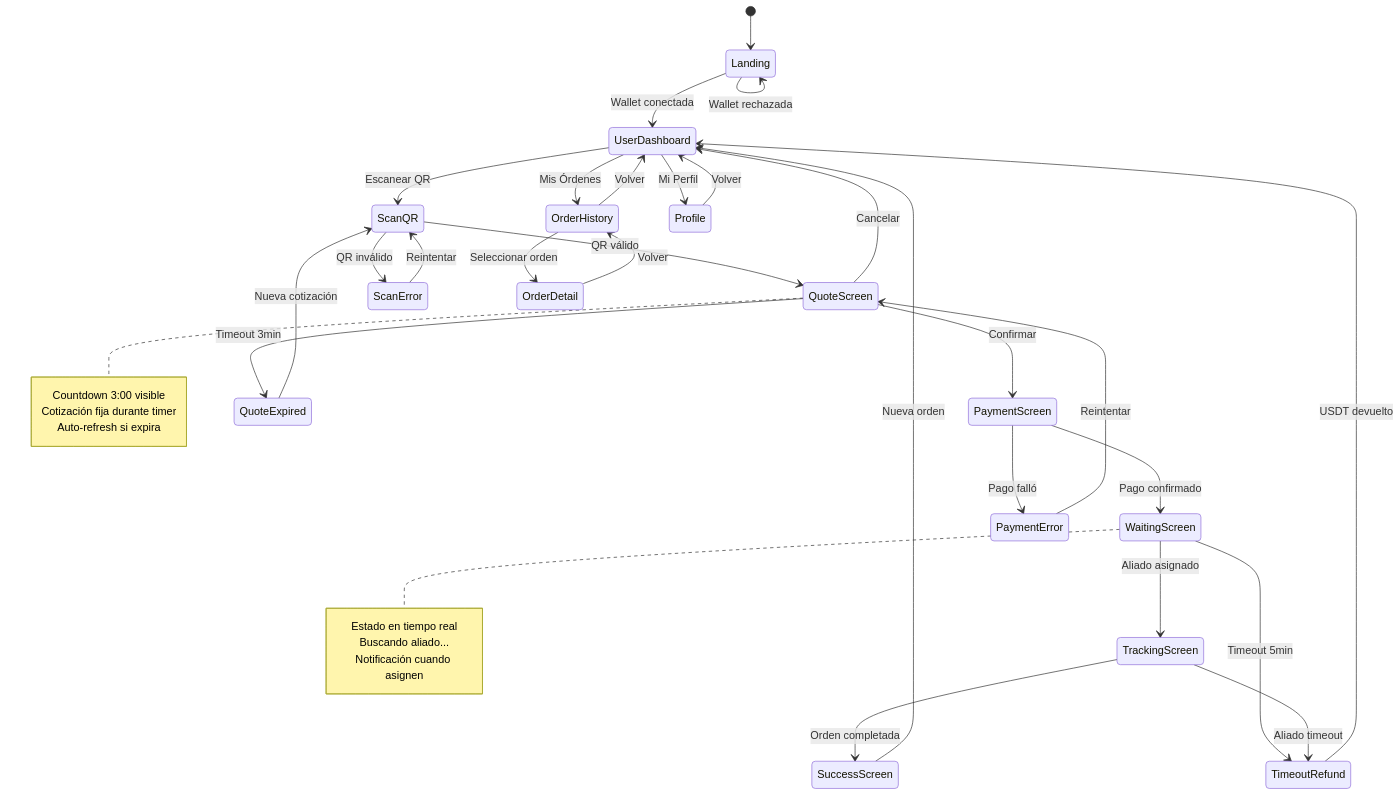
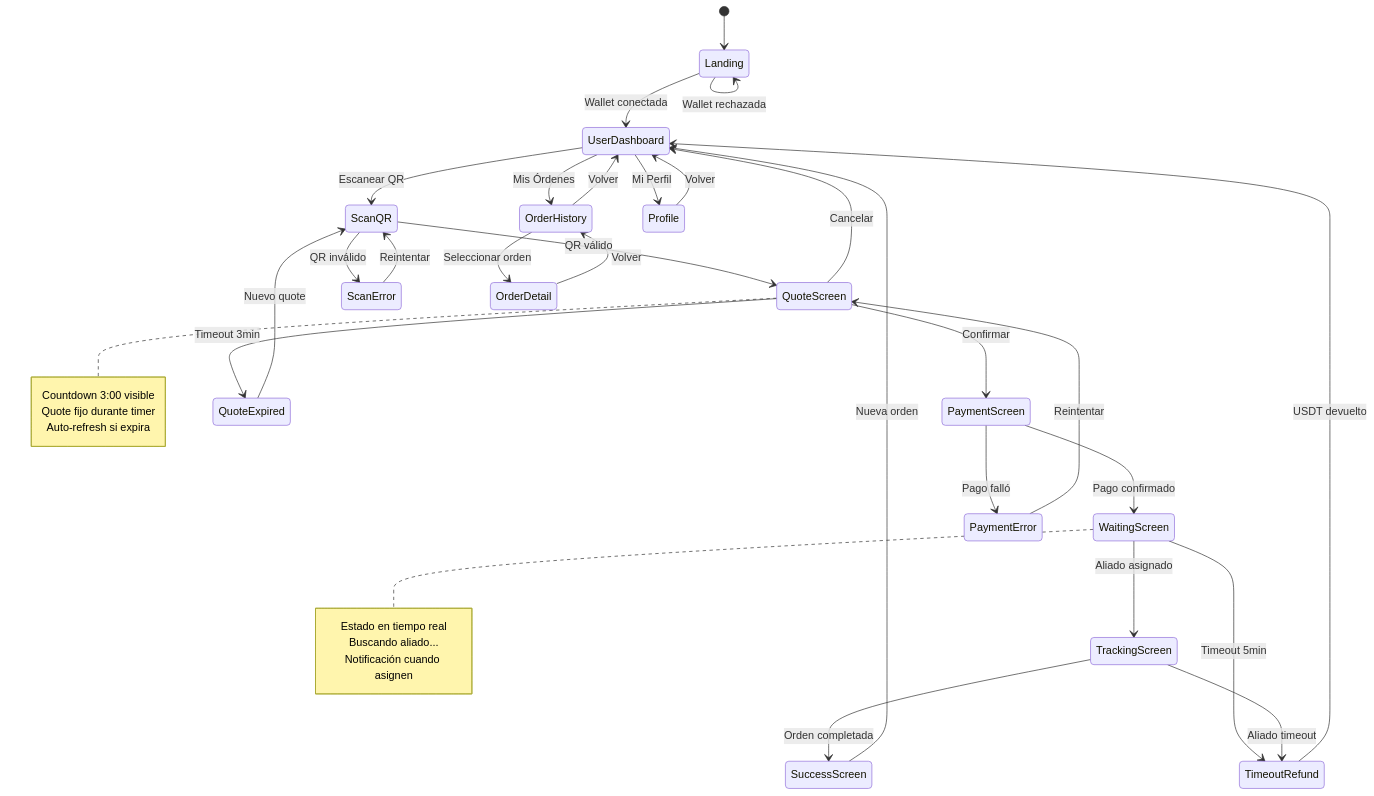
The second of 5 diagrams in 04-navegacion-ux.md (kibo-project/Kibo-Wiki), drawn with Mermaid before and after one commit. The commit also changed other lines of this file and 6 other files, not shown here.

````diff
--- a/04-navegacion-ux.md
+++ b/04-navegacion-ux.md
@@ -95,51 +95,51 @@
 ```mermaid
 stateDiagram-v2
     [*] --> Landing
     
     Landing --> UserDashboard : Wallet conectada
     Landing --> Landing : Wallet rechazada
     
     UserDashboard --> ScanQR : Escanear QR
     UserDashboard --> OrderHistory : Mis Órdenes
     UserDashboard --> Profile : Mi Perfil
     
     ScanQR --> QuoteScreen : QR válido
     ScanQR --> ScanError : QR inválido
     ScanError --> ScanQR : Reintentar
     
     QuoteScreen --> PaymentScreen : Confirmar
     QuoteScreen --> UserDashboard : Cancelar
     QuoteScreen --> QuoteExpired : Timeout 3min
-    QuoteExpired --> ScanQR : Nueva cotización
+    QuoteExpired --> ScanQR : Nuevo quote
     
     PaymentScreen --> WaitingScreen : Pago confirmado
     PaymentScreen --> PaymentError : Pago falló
     PaymentError --> QuoteScreen : Reintentar
     
     WaitingScreen --> TrackingScreen : Aliado asignado
     WaitingScreen --> TimeoutRefund : Timeout 5min
     
     TrackingScreen --> SuccessScreen : Orden completada
     TrackingScreen --> TimeoutRefund : Aliado timeout
     
     TimeoutRefund --> UserDashboard : USDT devuelto
     SuccessScreen --> UserDashboard : Nueva orden
     
     OrderHistory --> OrderDetail : Seleccionar orden
     OrderDetail --> OrderHistory : Volver
     OrderHistory --> UserDashboard : Volver
     
     Profile --> UserDashboard : Volver
 
     note right of QuoteScreen
         Countdown 3:00 visible
-        Cotización fija durante timer
+        Quote fijo durante timer
         Auto-refresh si expira
     end note
 
     note right of WaitingScreen
         Estado en tiempo real
         Buscando aliado...
         Notificación cuando asignen
     end note
 ```
````
